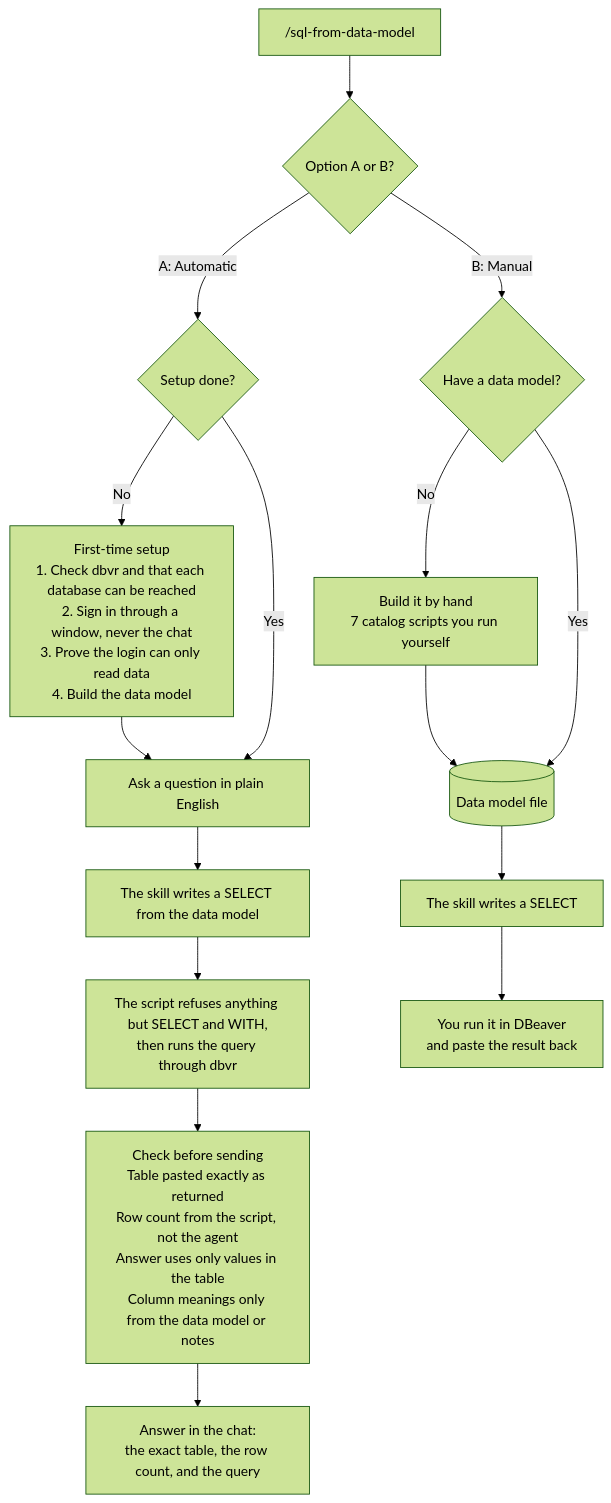
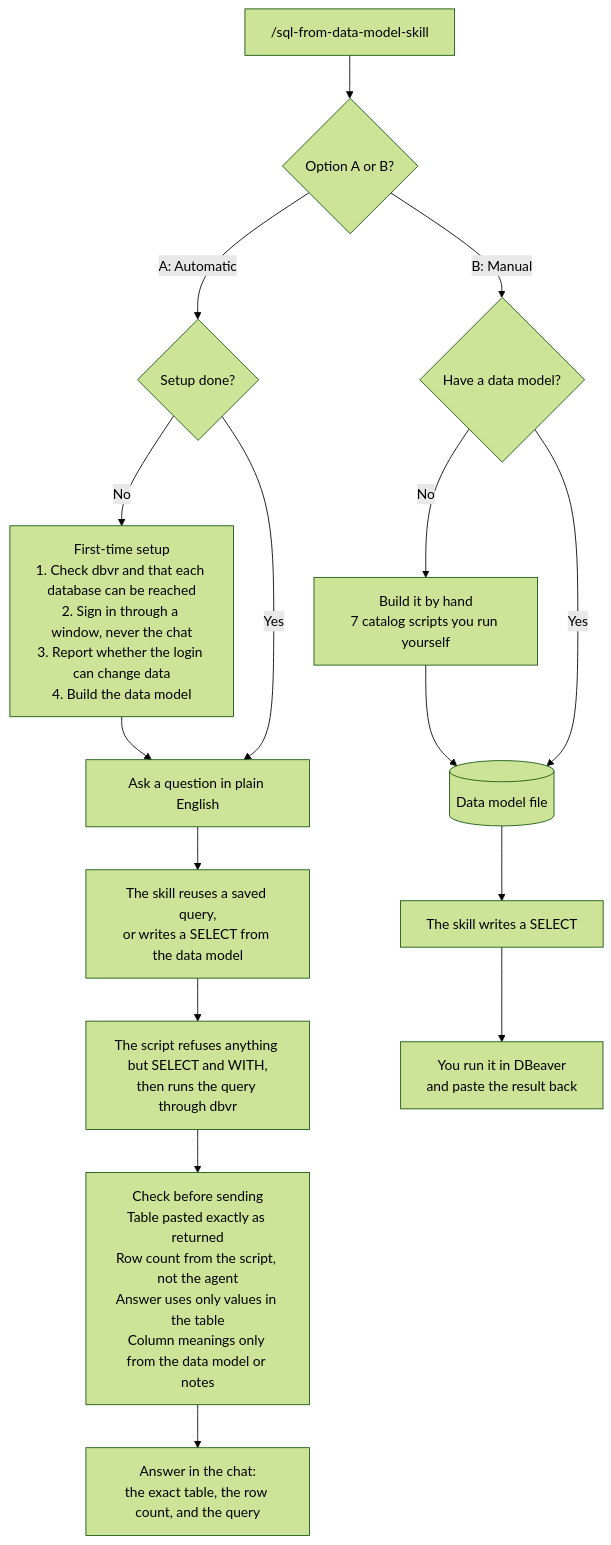
The diagram in README.md (singhtirath143-source/sql-from-data-model-skill), drawn with Mermaid (forest theme) before and after one commit. The commit also changed other lines of this file and 15 other files, not shown here.

First line of the commit message:
Rename to sql-from-data-model-skill, keep every column, add a real-database example

````diff
--- a/README.md
+++ b/README.md
@@ -26,20 +24,20 @@
 ```mermaid
 flowchart TD
-  start["/sql-from-data-model"] --> menu{"Option A or B?"}
+  start["/sql-from-data-model-skill"] --> menu{"Option A or B?"}
 
   menu -->|"A: Automatic"| done{"Setup done?"}
-  done -->|No| setup["First-time setup<br/>1. Check dbvr and that each database can be reached<br/>2. Sign in through a window, never the chat<br/>3. Prove the login can only read data<br/>4. Build the data model"]
+  done -->|No| setup["First-time setup<br/>1. Check dbvr and that each database can be reached<br/>2. Sign in through a window, never the chat<br/>3. Report whether the login can change data<br/>4. Build the data model"]
   setup --> ask
   done -->|Yes| ask["Ask a question in plain English"]
-  ask --> write["The skill writes a SELECT from the data model"]
+  ask --> write["The skill reuses a saved query,<br/>or writes a SELECT from the data model"]
   write --> run["The script refuses anything but SELECT and WITH,<br/>then runs the query through dbvr"]
   run --> verify["Check before sending<br/>Table pasted exactly as returned<br/>Row count from the script, not the agent<br/>Answer uses only values in the table<br/>Column meanings only from the data model or notes"]
   verify --> answer["Answer in the chat:<br/>the exact table, the row count, and the query"]
 
   menu -->|"B: Manual"| has{"Have a data model?"}
   has -->|No| discover["Build it by hand<br/>7 catalog scripts you run yourself"]
   discover --> model[("Data model file")]
   has -->|Yes| model
   model --> writeb["The skill writes a SELECT"]
   writeb --> dbeaver["You run it in DBeaver<br/>and paste the result back"]
 ```
````
